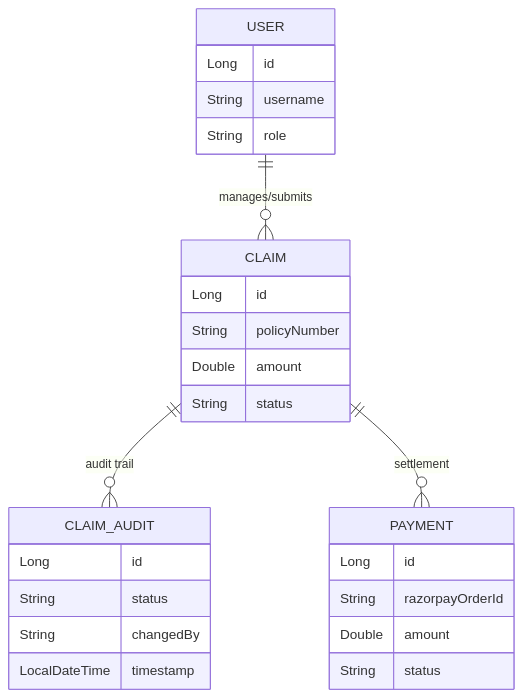
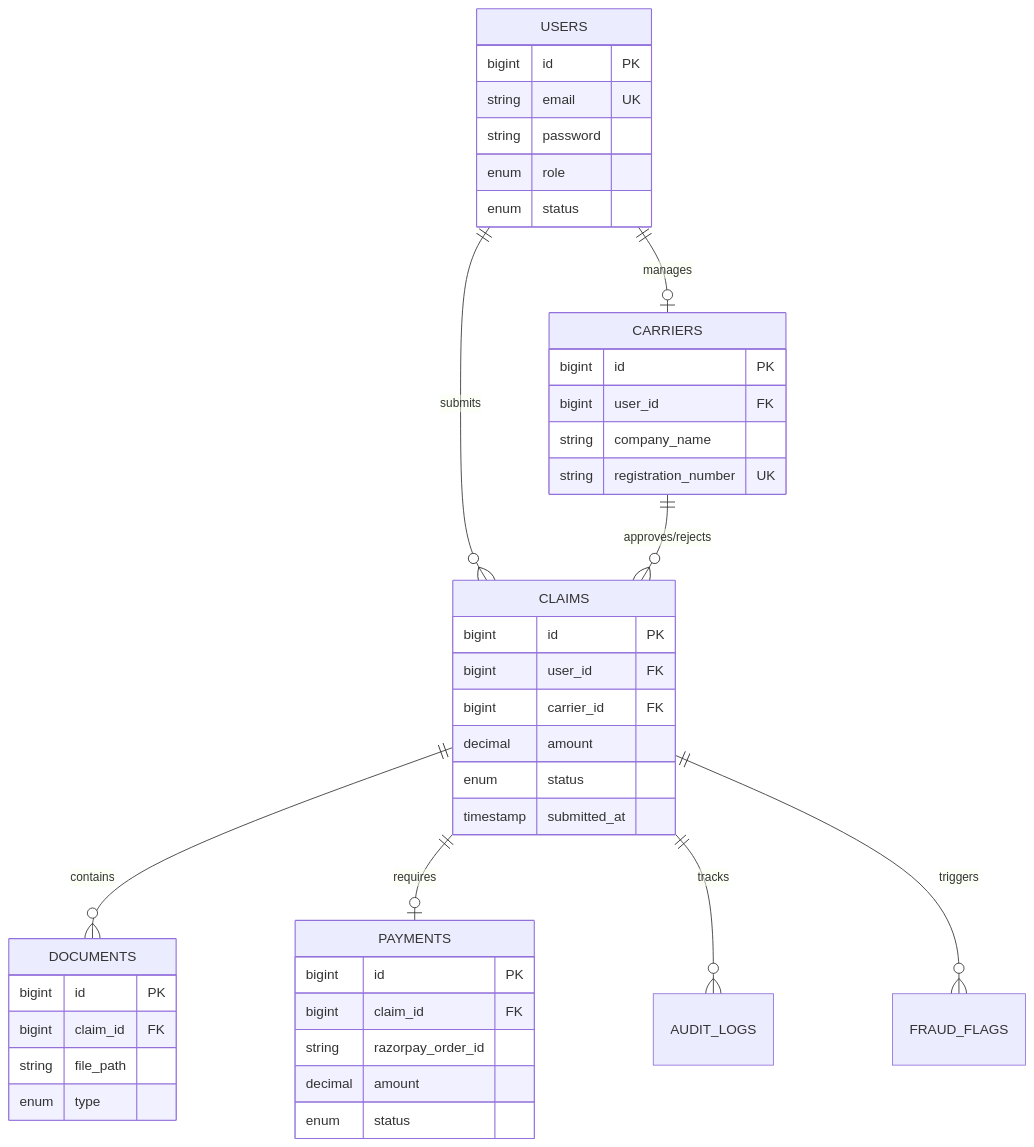
Before and after one commit to mithun-io/tpa: the second of 9 diagrams in presentation/README.md, drawn with Mermaid. The commit also changed other lines of this file, not shown here.

````diff
--- a/presentation/README.md
+++ b/presentation/README.md
@@ -50,30 +78,45 @@
 ```mermaid
 erDiagram
-    USER {
-        Long id
-        String username
-        String role
+    USERS ||--o{ CLAIMS : "submits"
+    USERS ||--o| CARRIERS : "manages"
+    CARRIERS ||--o{ CLAIMS : "approves/rejects"
+    CLAIMS ||--o{ DOCUMENTS : "contains"
+    CLAIMS ||--o| PAYMENTS : "requires"
+    CLAIMS ||--o{ AUDIT_LOGS : "tracks"
+    CLAIMS ||--o{ FRAUD_FLAGS : "triggers"
+
+    USERS {
+        bigint id PK
+        string email UK
+        string password
+        enum role
+        enum status
     }
-    CLAIM {
-        Long id
-        String policyNumber
-        Double amount
-        String status
+    CLAIMS {
+        bigint id PK
+        bigint user_id FK
+        bigint carrier_id FK
+        decimal amount
+        enum status
+        timestamp submitted_at
     }
-    CLAIM_AUDIT {
-        Long id
-        String status
-        String changedBy
-        LocalDateTime timestamp
+    CARRIERS {
+        bigint id PK
+        bigint user_id FK
+        string company_name
+        string registration_number UK
     }
-    PAYMENT {
-        Long id
-        String razorpayOrderId
-        Double amount
-        String status
+    PAYMENTS {
+        bigint id PK
+        bigint claim_id FK
+        string razorpay_order_id
+        decimal amount
+        enum status
     }
-    
-    USER ||--o{ CLAIM : "manages/submits"
-    CLAIM ||--o{ CLAIM_AUDIT : "audit trail"
-    CLAIM ||--o{ PAYMENT : "settlement"
+    DOCUMENTS {
+        bigint id PK
+        bigint claim_id FK
+        string file_path
+        enum type
+    }
 ```
````
